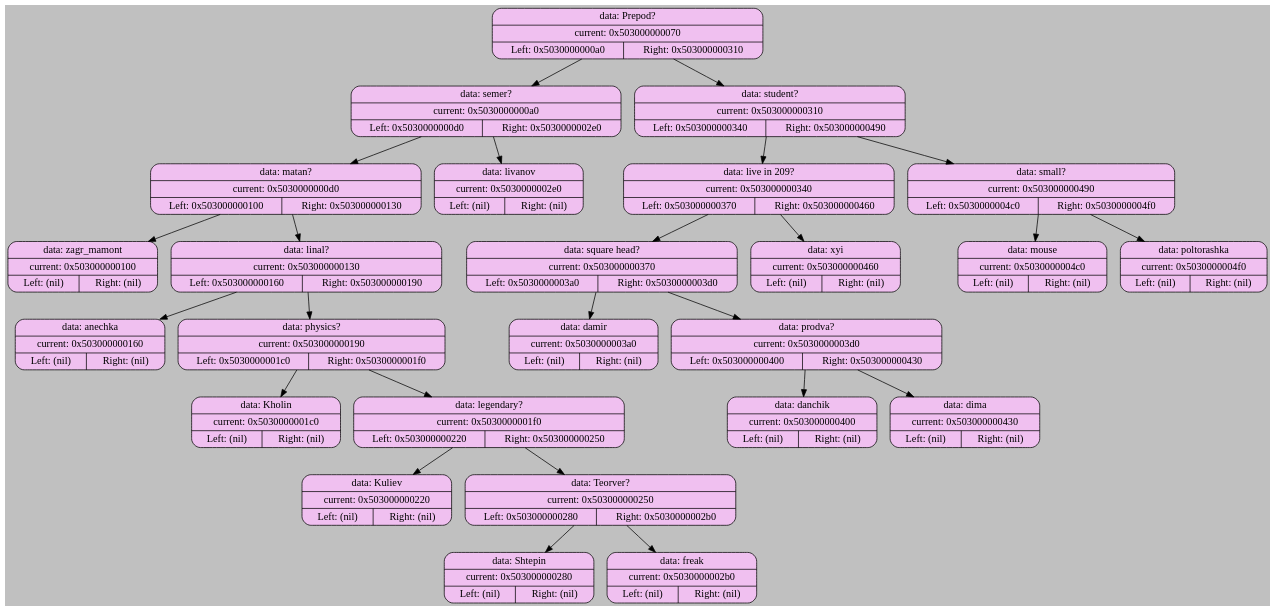
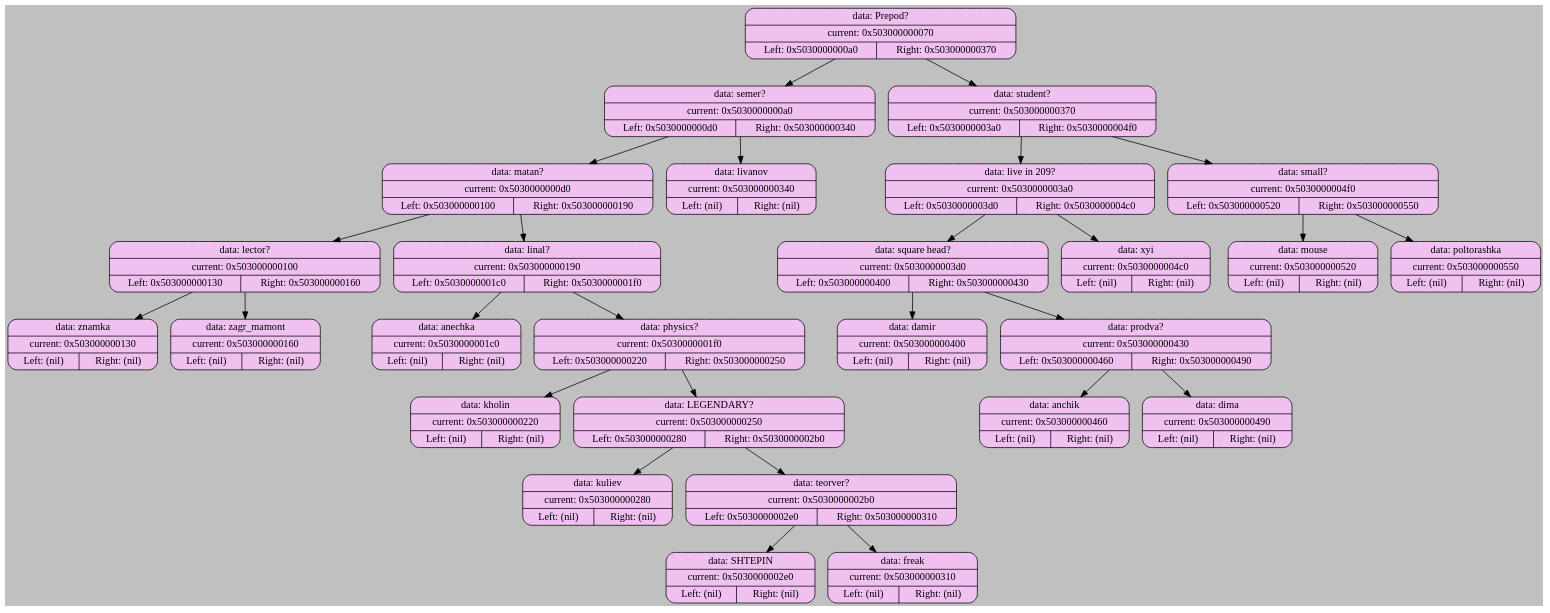
One commit to Atlaxsyys/akinator changed the diagram in graph_dump/graph_0.dot. Above: the diagram before and after it, drawn with Graphviz. The commit also changed 14 other files, not shown here.

```diff
--- a/graph_dump/graph_0.dot
+++ b/graph_dump/graph_0.dot
@@ -1,54 +1,58 @@
 digraph BinaryTree {
     bgcolor="#C0C0C0";
 
     node [shape=record];
-    "0x503000000070" [shape=Mrecord, style=filled; fillcolor="#F0C0F0"; label="{data: Prepod? | current: 0x503000000070 | { Left: 0x5030000000a0 | Right: 0x503000000310 }}"];
+    "0x503000000070" [shape=Mrecord, style=filled; fillcolor="#F0C0F0"; label="{data: Prepod? | current: 0x503000000070 | { Left: 0x5030000000a0 | Right: 0x503000000370 }}"];
     "0x503000000070" -> "0x5030000000a0";
-    "0x5030000000a0" [shape=Mrecord, style=filled; fillcolor="#F0C0F0"; label="{data: semer? | current: 0x5030000000a0 | { Left: 0x5030000000d0 | Right: 0x5030000002e0 }}"];
+    "0x5030000000a0" [shape=Mrecord, style=filled; fillcolor="#F0C0F0"; label="{data: semer? | current: 0x5030000000a0 | { Left: 0x5030000000d0 | Right: 0x503000000340 }}"];
     "0x5030000000a0" -> "0x5030000000d0";
-    "0x5030000000d0" [shape=Mrecord, style=filled; fillcolor="#F0C0F0"; label="{data: matan? | current: 0x5030000000d0 | { Left: 0x503000000100 | Right: 0x503000000130 }}"];
+    "0x5030000000d0" [shape=Mrecord, style=filled; fillcolor="#F0C0F0"; label="{data: matan? | current: 0x5030000000d0 | { Left: 0x503000000100 | Right: 0x503000000190 }}"];
     "0x5030000000d0" -> "0x503000000100";
-    "0x503000000100" [shape=Mrecord, style=filled; fillcolor="#F0C0F0"; label="{data: zagr_mamont | current: 0x503000000100 | { Left: (nil) | Right: (nil) }}"];
-    "0x5030000000d0" -> "0x503000000130";
-    "0x503000000130" [shape=Mrecord, style=filled; fillcolor="#F0C0F0"; label="{data: linal? | current: 0x503000000130 | { Left: 0x503000000160 | Right: 0x503000000190 }}"];
-    "0x503000000130" -> "0x503000000160";
-    "0x503000000160" [shape=Mrecord, style=filled; fillcolor="#F0C0F0"; label="{data: anechka | current: 0x503000000160 | { Left: (nil) | Right: (nil) }}"];
-    "0x503000000130" -> "0x503000000190";
-    "0x503000000190" [shape=Mrecord, style=filled; fillcolor="#F0C0F0"; label="{data: physics? | current: 0x503000000190 | { Left: 0x5030000001c0 | Right: 0x5030000001f0 }}"];
+    "0x503000000100" [shape=Mrecord, style=filled; fillcolor="#F0C0F0"; label="{data: lector? | current: 0x503000000100 | { Left: 0x503000000130 | Right: 0x503000000160 }}"];
+    "0x503000000100" -> "0x503000000130";
+    "0x503000000130" [shape=Mrecord, style=filled; fillcolor="#F0C0F0"; label="{data: znamka | current: 0x503000000130 | { Left: (nil) | Right: (nil) }}"];
+    "0x503000000100" -> "0x503000000160";
+    "0x503000000160" [shape=Mrecord, style=filled; fillcolor="#F0C0F0"; label="{data: zagr_mamont | current: 0x503000000160 | { Left: (nil) | Right: (nil) }}"];
+    "0x5030000000d0" -> "0x503000000190";
+    "0x503000000190" [shape=Mrecord, style=filled; fillcolor="#F0C0F0"; label="{data: linal? | current: 0x503000000190 | { Left: 0x5030000001c0 | Right: 0x5030000001f0 }}"];
     "0x503000000190" -> "0x5030000001c0";
-    "0x5030000001c0" [shape=Mrecord, style=filled; fillcolor="#F0C0F0"; label="{data: Kholin | current: 0x5030000001c0 | { Left: (nil) | Right: (nil) }}"];
+    "0x5030000001c0" [shape=Mrecord, style=filled; fillcolor="#F0C0F0"; label="{data: anechka | current: 0x5030000001c0 | { Left: (nil) | Right: (nil) }}"];
     "0x503000000190" -> "0x5030000001f0";
-    "0x5030000001f0" [shape=Mrecord, style=filled; fillcolor="#F0C0F0"; label="{data: legendary? | current: 0x5030000001f0 | { Left: 0x503000000220 | Right: 0x503000000250 }}"];
+    "0x5030000001f0" [shape=Mrecord, style=filled; fillcolor="#F0C0F0"; label="{data: physics? | current: 0x5030000001f0 | { Left: 0x503000000220 | Right: 0x503000000250 }}"];
     "0x5030000001f0" -> "0x503000000220";
-    "0x503000000220" [shape=Mrecord, style=filled; fillcolor="#F0C0F0"; label="{data: Kuliev | current: 0x503000000220 | { Left: (nil) | Right: (nil) }}"];
+    "0x503000000220" [shape=Mrecord, style=filled; fillcolor="#F0C0F0"; label="{data: kholin | current: 0x503000000220 | { Left: (nil) | Right: (nil) }}"];
     "0x5030000001f0" -> "0x503000000250";
-    "0x503000000250" [shape=Mrecord, style=filled; fillcolor="#F0C0F0"; label="{data: Teorver? | current: 0x503000000250 | { Left: 0x503000000280 | Right: 0x5030000002b0 }}"];
+    "0x503000000250" [shape=Mrecord, style=filled; fillcolor="#F0C0F0"; label="{data: LEGENDARY? | current: 0x503000000250 | { Left: 0x503000000280 | Right: 0x5030000002b0 }}"];
     "0x503000000250" -> "0x503000000280";
-    "0x503000000280" [shape=Mrecord, style=filled; fillcolor="#F0C0F0"; label="{data: Shtepin | current: 0x503000000280 | { Left: (nil) | Right: (nil) }}"];
+    "0x503000000280" [shape=Mrecord, style=filled; fillcolor="#F0C0F0"; label="{data: kuliev | current: 0x503000000280 | { Left: (nil) | Right: (nil) }}"];
     "0x503000000250" -> "0x5030000002b0";
-    "0x5030000002b0" [shape=Mrecord, style=filled; fillcolor="#F0C0F0"; label="{data: freak | current: 0x5030000002b0 | { Left: (nil) | Right: (nil) }}"];
-    "0x5030000000a0" -> "0x5030000002e0";
-    "0x5030000002e0" [shape=Mrecord, style=filled; fillcolor="#F0C0F0"; label="{data: livanov | current: 0x5030000002e0 | { Left: (nil) | Right: (nil) }}"];
-    "0x503000000070" -> "0x503000000310";
-    "0x503000000310" [shape=Mrecord, style=filled; fillcolor="#F0C0F0"; label="{data: student? | current: 0x503000000310 | { Left: 0x503000000340 | Right: 0x503000000490 }}"];
-    "0x503000000310" -> "0x503000000340";
-    "0x503000000340" [shape=Mrecord, style=filled; fillcolor="#F0C0F0"; label="{data: live in 209? | current: 0x503000000340 | { Left: 0x503000000370 | Right: 0x503000000460 }}"];
-    "0x503000000340" -> "0x503000000370";
-    "0x503000000370" [shape=Mrecord, style=filled; fillcolor="#F0C0F0"; label="{data: square head? | current: 0x503000000370 | { Left: 0x5030000003a0 | Right: 0x5030000003d0 }}"];
+    "0x5030000002b0" [shape=Mrecord, style=filled; fillcolor="#F0C0F0"; label="{data: teorver? | current: 0x5030000002b0 | { Left: 0x5030000002e0 | Right: 0x503000000310 }}"];
+    "0x5030000002b0" -> "0x5030000002e0";
+    "0x5030000002e0" [shape=Mrecord, style=filled; fillcolor="#F0C0F0"; label="{data: SHTEPIN | current: 0x5030000002e0 | { Left: (nil) | Right: (nil) }}"];
+    "0x5030000002b0" -> "0x503000000310";
+    "0x503000000310" [shape=Mrecord, style=filled; fillcolor="#F0C0F0"; label="{data: freak | current: 0x503000000310 | { Left: (nil) | Right: (nil) }}"];
+    "0x5030000000a0" -> "0x503000000340";
+    "0x503000000340" [shape=Mrecord, style=filled; fillcolor="#F0C0F0"; label="{data: livanov | current: 0x503000000340 | { Left: (nil) | Right: (nil) }}"];
+    "0x503000000070" -> "0x503000000370";
+    "0x503000000370" [shape=Mrecord, style=filled; fillcolor="#F0C0F0"; label="{data: student? | current: 0x503000000370 | { Left: 0x5030000003a0 | Right: 0x5030000004f0 }}"];
     "0x503000000370" -> "0x5030000003a0";
-    "0x5030000003a0" [shape=Mrecord, style=filled; fillcolor="#F0C0F0"; label="{data: damir | current: 0x5030000003a0 | { Left: (nil) | Right: (nil) }}"];
-    "0x503000000370" -> "0x5030000003d0";
-    "0x5030000003d0" [shape=Mrecord, style=filled; fillcolor="#F0C0F0"; label="{data: prodva? | current: 0x5030000003d0 | { Left: 0x503000000400 | Right: 0x503000000430 }}"];
+    "0x5030000003a0" [shape=Mrecord, style=filled; fillcolor="#F0C0F0"; label="{data: live in 209? | current: 0x5030000003a0 | { Left: 0x5030000003d0 | Right: 0x5030000004c0 }}"];
+    "0x5030000003a0" -> "0x5030000003d0";
+    "0x5030000003d0" [shape=Mrecord, style=filled; fillcolor="#F0C0F0"; label="{data: square head? | current: 0x5030000003d0 | { Left: 0x503000000400 | Right: 0x503000000430 }}"];
     "0x5030000003d0" -> "0x503000000400";
-    "0x503000000400" [shape=Mrecord, style=filled; fillcolor="#F0C0F0"; label="{data: danchik | current: 0x503000000400 | { Left: (nil) | Right: (nil) }}"];
+    "0x503000000400" [shape=Mrecord, style=filled; fillcolor="#F0C0F0"; label="{data: damir | current: 0x503000000400 | { Left: (nil) | Right: (nil) }}"];
     "0x5030000003d0" -> "0x503000000430";
-    "0x503000000430" [shape=Mrecord, style=filled; fillcolor="#F0C0F0"; label="{data: dima | current: 0x503000000430 | { Left: (nil) | Right: (nil) }}"];
-    "0x503000000340" -> "0x503000000460";
-    "0x503000000460" [shape=Mrecord, style=filled; fillcolor="#F0C0F0"; label="{data: xyi | current: 0x503000000460 | { Left: (nil) | Right: (nil) }}"];
-    "0x503000000310" -> "0x503000000490";
-    "0x503000000490" [shape=Mrecord, style=filled; fillcolor="#F0C0F0"; label="{data: small? | current: 0x503000000490 | { Left: 0x5030000004c0 | Right: 0x5030000004f0 }}"];
-    "0x503000000490" -> "0x5030000004c0";
-    "0x5030000004c0" [shape=Mrecord, style=filled; fillcolor="#F0C0F0"; label="{data: mouse | current: 0x5030000004c0 | { Left: (nil) | Right: (nil) }}"];
-    "0x503000000490" -> "0x5030000004f0";
-    "0x5030000004f0" [shape=Mrecord, style=filled; fillcolor="#F0C0F0"; label="{data: poltorashka | current: 0x5030000004f0 | { Left: (nil) | Right: (nil) }}"];
+    "0x503000000430" [shape=Mrecord, style=filled; fillcolor="#F0C0F0"; label="{data: prodva? | current: 0x503000000430 | { Left: 0x503000000460 | Right: 0x503000000490 }}"];
+    "0x503000000430" -> "0x503000000460";
+    "0x503000000460" [shape=Mrecord, style=filled; fillcolor="#F0C0F0"; label="{data: anchik | current: 0x503000000460 | { Left: (nil) | Right: (nil) }}"];
+    "0x503000000430" -> "0x503000000490";
+    "0x503000000490" [shape=Mrecord, style=filled; fillcolor="#F0C0F0"; label="{data: dima | current: 0x503000000490 | { Left: (nil) | Right: (nil) }}"];
+    "0x5030000003a0" -> "0x5030000004c0";
+    "0x5030000004c0" [shape=Mrecord, style=filled; fillcolor="#F0C0F0"; label="{data: xyi | current: 0x5030000004c0 | { Left: (nil) | Right: (nil) }}"];
+    "0x503000000370" -> "0x5030000004f0";
+    "0x5030000004f0" [shape=Mrecord, style=filled; fillcolor="#F0C0F0"; label="{data: small? | current: 0x5030000004f0 | { Left: 0x503000000520 | Right: 0x503000000550 }}"];
+    "0x5030000004f0" -> "0x503000000520";
+    "0x503000000520" [shape=Mrecord, style=filled; fillcolor="#F0C0F0"; label="{data: mouse | current: 0x503000000520 | { Left: (nil) | Right: (nil) }}"];
+    "0x5030000004f0" -> "0x503000000550";
+    "0x503000000550" [shape=Mrecord, style=filled; fillcolor="#F0C0F0"; label="{data: poltorashka | current: 0x503000000550 | { Left: (nil) | Right: (nil) }}"];
 }
```
